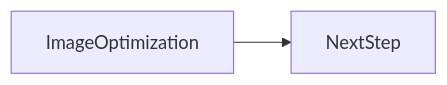
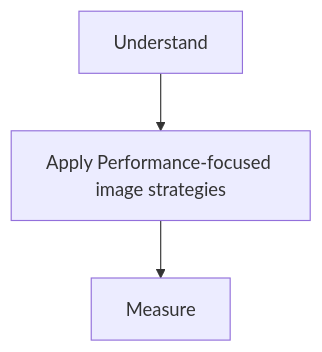
One commit to OmidJavaherii/Frontend-Engineering-Handbook changed the second of 2 diagrams in docs/en/13-performance/image-optimization-perf/index.md. Above: the diagram before and after it, drawn with Mermaid. The commit also changed other lines of this file and 461 other files, not shown here.

````diff
--- a/docs/en/13-performance/image-optimization-perf/index.md
+++ b/docs/en/13-performance/image-optimization-perf/index.md
@@ -94,4 +112,5 @@
 ```mermaid
-flowchart LR
-  concept[ImageOptimization] --> nextStep[NextStep]
+flowchart TD
+  A[Understand] --> B[Apply Performance-focused image strategies]
+  B --> C[Measure]
 ```
````
